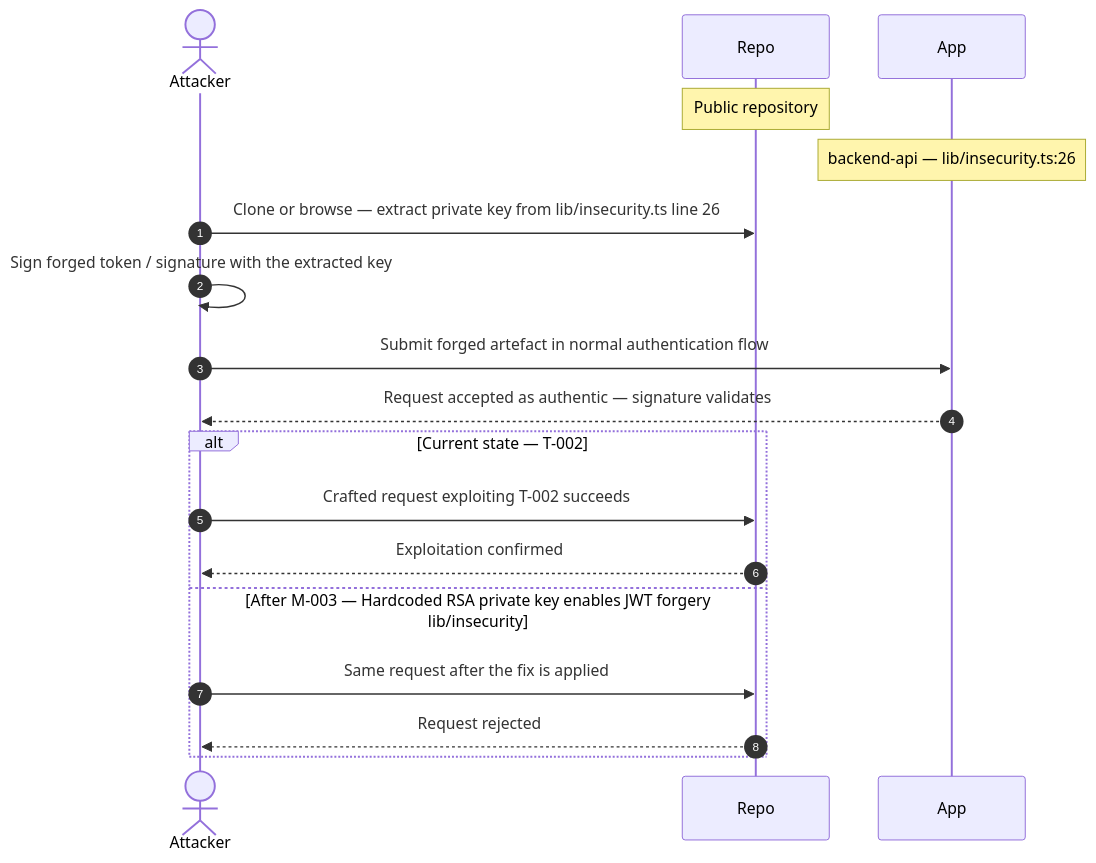
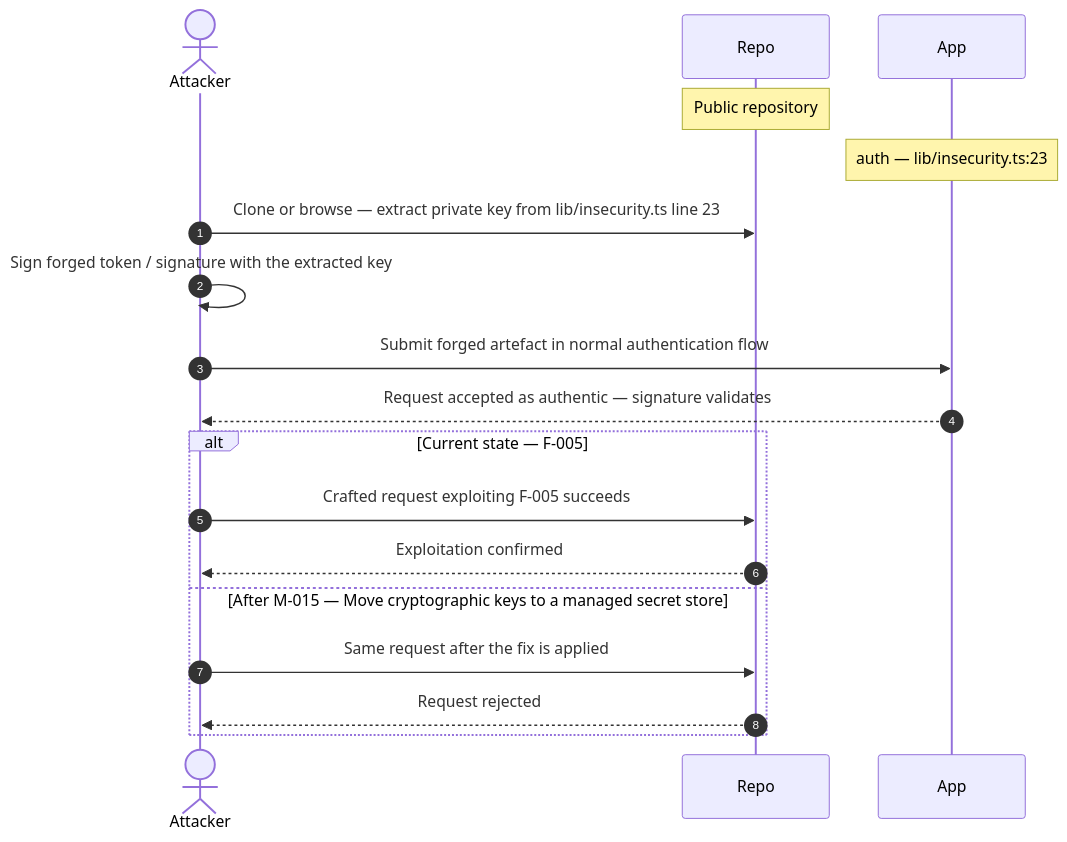
Before and after one commit to appsec-foundry/appsec-advisor: the third of 12 diagrams in tests/fixtures/e2e/_repair-run/.fragments/_chain-skeleton.md, drawn with Mermaid. The commit also changed other lines of this file and 184 other files, not shown here.

````diff
--- a/tests/fixtures/e2e/_repair-run/.fragments/_chain-skeleton.md
+++ b/tests/fixtures/e2e/_repair-run/.fragments/_chain-skeleton.md
@@ -60,20 +98,20 @@
 ```mermaid
 sequenceDiagram
     autonumber
     actor Attacker
     participant Repo
     participant App
     Note over Repo: Public repository
-    Note over App: backend-api — lib/insecurity.ts:26
-    Attacker->>Repo: Clone or browse — extract private key from lib/insecurity.ts line 26
+    Note over App: auth — lib/insecurity.ts:23
+    Attacker->>Repo: Clone or browse — extract private key from lib/insecurity.ts line 23
     Attacker->>Attacker: Sign forged token / signature with the extracted key
     Attacker->>App: Submit forged artefact in normal authentication flow
     App-->>Attacker: Request accepted as authentic — signature validates
-    alt Current state — T-002
-        Attacker->>Repo: Crafted request exploiting T-002 succeeds
+    alt Current state — F-005
+        Attacker->>Repo: Crafted request exploiting F-005 succeeds
         Repo-->>Attacker: Exploitation confirmed
-    else After M-003 — Hardcoded RSA private key enables JWT forgery lib/insecurity
+    else After M-015 — Move cryptographic keys to a managed secret store
         Attacker->>Repo: Same request after the fix is applied
         Repo-->>Attacker: Request rejected
     end
 ```
````
